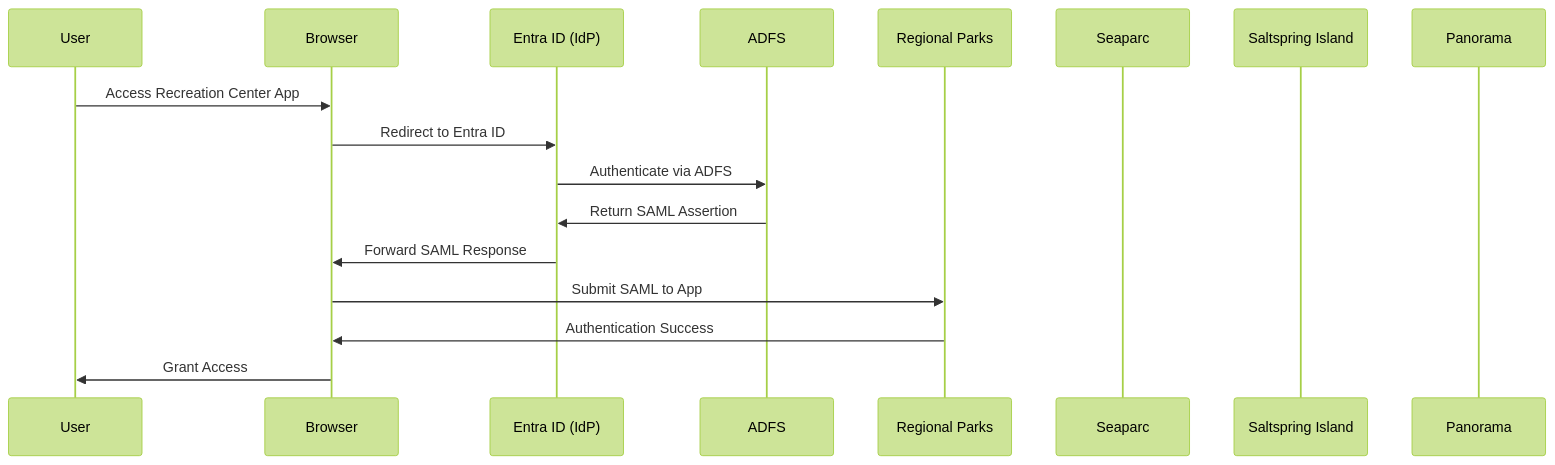
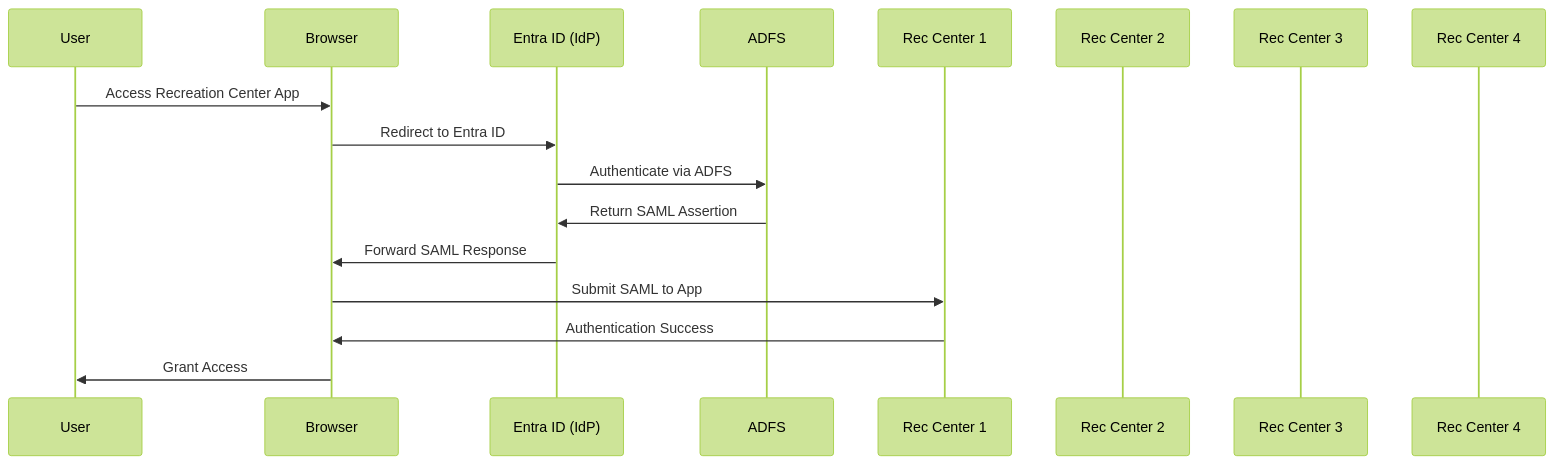
Before and after one commit to data-octo/data-octo.github.io: the first of 3 diagrams in docs/blog/2026-01-25-entra-sso.md, drawn with Mermaid (forest theme). The commit also changed other lines of this file, not shown here.

````diff
--- a/docs/blog/2026-01-25-entra-sso.md
+++ b/docs/blog/2026-01-25-entra-sso.md
@@ -68,20 +68,20 @@
 ```mermaid
 sequenceDiagram
     participant U as User
     participant B as Browser
     participant E as Entra ID (IdP)
     participant A as ADFS
-    participant RP as Regional Parks
-    participant SE as Seaparc
-    participant SI as Saltspring Island
-    participant PA as Panorama
+    participant RP as Rec Center 1
+    participant SE as Rec Center 2
+    participant SI as Rec Center 3
+    participant PA as Rec Center 4
 
     U->>B: Access Recreation Center App
     B->>E: Redirect to Entra ID
     E->>A: Authenticate via ADFS
     A->>E: Return SAML Assertion
     E->>B: Forward SAML Response
     B->>RP: Submit SAML to App
     RP->>B: Authentication Success
     B->>U: Grant Access
 ```
````
